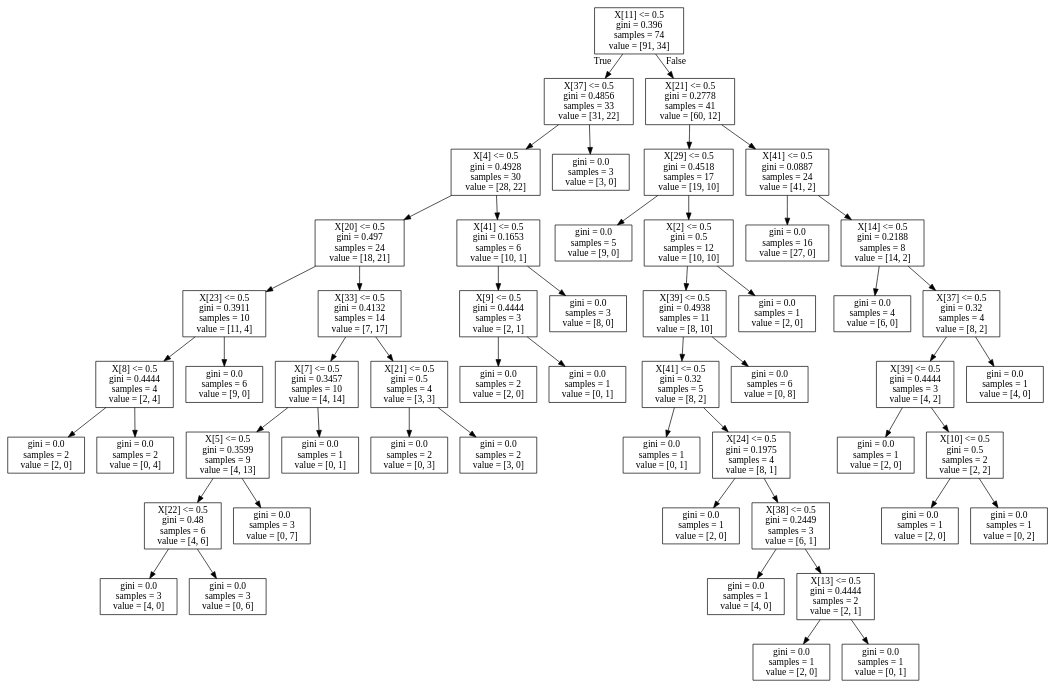
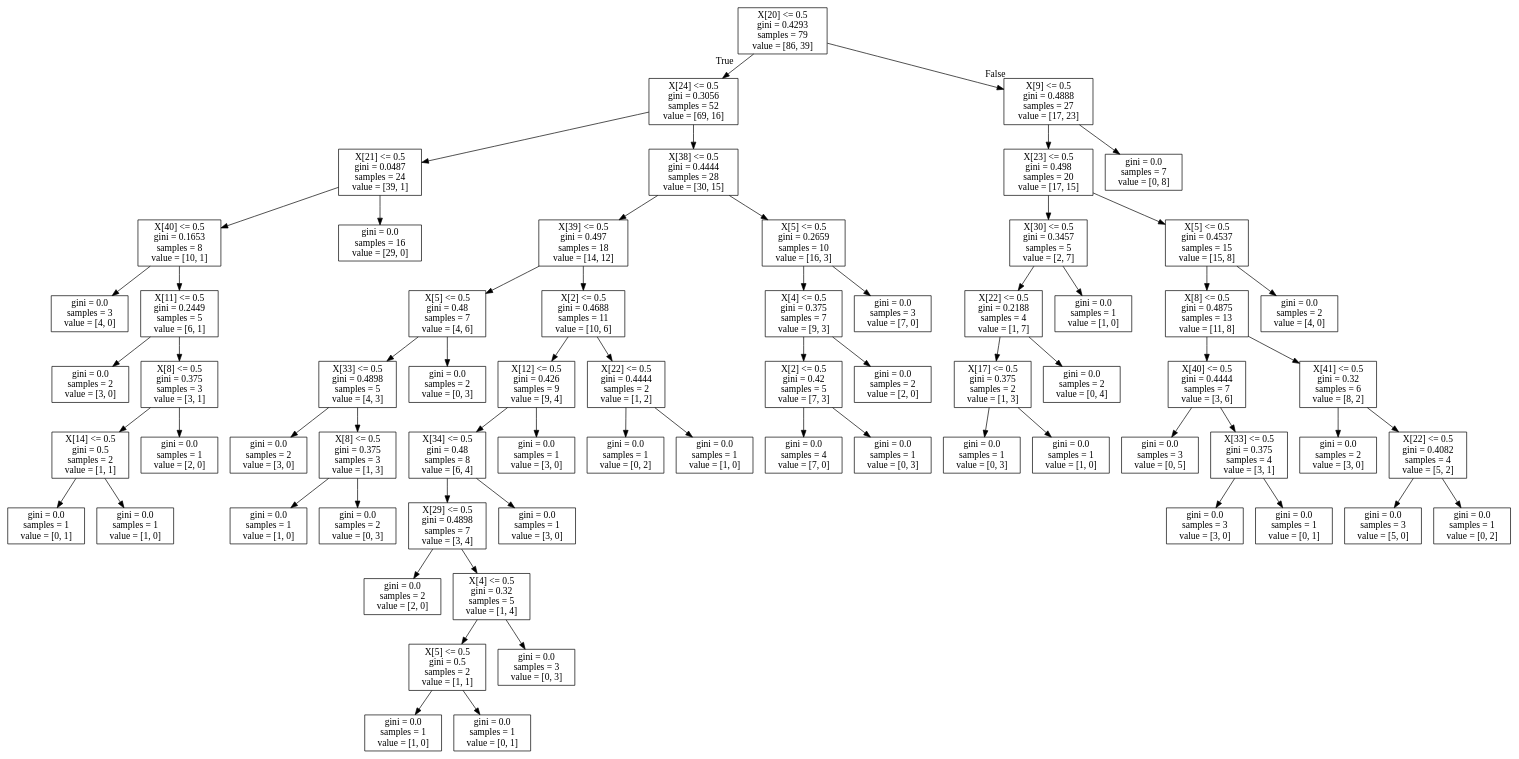
The diagram in tree7.dot (aaronfowles/elastography), drawn with Graphviz before and after one commit. The commit also changed 11 other files, not shown here.

```diff
--- a/tree7.dot
+++ b/tree7.dot
@@ -1,108 +1,136 @@
 digraph Tree {
 node [shape=box] ;
-0 [label="X[11] <= 0.5\ngini = 0.396\nsamples = 74\nvalue = [91, 34]"] ;
-1 [label="X[37] <= 0.5\ngini = 0.4856\nsamples = 33\nvalue = [31, 22]"] ;
+0 [label="X[20] <= 0.5\ngini = 0.4293\nsamples = 79\nvalue = [86, 39]"] ;
+1 [label="X[24] <= 0.5\ngini = 0.3056\nsamples = 52\nvalue = [69, 16]"] ;
 0 -> 1 [labeldistance=2.5, labelangle=45, headlabel="True"] ;
-2 [label="X[4] <= 0.5\ngini = 0.4928\nsamples = 30\nvalue = [28, 22]"] ;
+2 [label="X[21] <= 0.5\ngini = 0.0487\nsamples = 24\nvalue = [39, 1]"] ;
 1 -> 2 ;
-3 [label="X[20] <= 0.5\ngini = 0.497\nsamples = 24\nvalue = [18, 21]"] ;
+3 [label="X[40] <= 0.5\ngini = 0.1653\nsamples = 8\nvalue = [10, 1]"] ;
 2 -> 3 ;
-4 [label="X[23] <= 0.5\ngini = 0.3911\nsamples = 10\nvalue = [11, 4]"] ;
+4 [label="gini = 0.0\nsamples = 3\nvalue = [4, 0]"] ;
 3 -> 4 ;
-5 [label="X[8] <= 0.5\ngini = 0.4444\nsamples = 4\nvalue = [2, 4]"] ;
-4 -> 5 ;
-6 [label="gini = 0.0\nsamples = 2\nvalue = [2, 0]"] ;
+5 [label="X[11] <= 0.5\ngini = 0.2449\nsamples = 5\nvalue = [6, 1]"] ;
+3 -> 5 ;
+6 [label="gini = 0.0\nsamples = 2\nvalue = [3, 0]"] ;
 5 -> 6 ;
-7 [label="gini = 0.0\nsamples = 2\nvalue = [0, 4]"] ;
+7 [label="X[8] <= 0.5\ngini = 0.375\nsamples = 3\nvalue = [3, 1]"] ;
 5 -> 7 ;
-8 [label="gini = 0.0\nsamples = 6\nvalue = [9, 0]"] ;
-4 -> 8 ;
-9 [label="X[33] <= 0.5\ngini = 0.4132\nsamples = 14\nvalue = [7, 17]"] ;
-3 -> 9 ;
-10 [label="X[7] <= 0.5\ngini = 0.3457\nsamples = 10\nvalue = [4, 14]"] ;
-9 -> 10 ;
-11 [label="X[5] <= 0.5\ngini = 0.3599\nsamples = 9\nvalue = [4, 13]"] ;
-10 -> 11 ;
-12 [label="X[22] <= 0.5\ngini = 0.48\nsamples = 6\nvalue = [4, 6]"] ;
-11 -> 12 ;
-13 [label="gini = 0.0\nsamples = 3\nvalue = [4, 0]"] ;
-12 -> 13 ;
-14 [label="gini = 0.0\nsamples = 3\nvalue = [0, 6]"] ;
-12 -> 14 ;
-15 [label="gini = 0.0\nsamples = 3\nvalue = [0, 7]"] ;
-11 -> 15 ;
-16 [label="gini = 0.0\nsamples = 1\nvalue = [0, 1]"] ;
-10 -> 16 ;
-17 [label="X[21] <= 0.5\ngini = 0.5\nsamples = 4\nvalue = [3, 3]"] ;
-9 -> 17 ;
-18 [label="gini = 0.0\nsamples = 2\nvalue = [0, 3]"] ;
-17 -> 18 ;
-19 [label="gini = 0.0\nsamples = 2\nvalue = [3, 0]"] ;
-17 -> 19 ;
-20 [label="X[41] <= 0.5\ngini = 0.1653\nsamples = 6\nvalue = [10, 1]"] ;
-2 -> 20 ;
-21 [label="X[9] <= 0.5\ngini = 0.4444\nsamples = 3\nvalue = [2, 1]"] ;
-20 -> 21 ;
-22 [label="gini = 0.0\nsamples = 2\nvalue = [2, 0]"] ;
-21 -> 22 ;
-23 [label="gini = 0.0\nsamples = 1\nvalue = [0, 1]"] ;
-21 -> 23 ;
-24 [label="gini = 0.0\nsamples = 3\nvalue = [8, 0]"] ;
-20 -> 24 ;
-25 [label="gini = 0.0\nsamples = 3\nvalue = [3, 0]"] ;
-1 -> 25 ;
-26 [label="X[21] <= 0.5\ngini = 0.2778\nsamples = 41\nvalue = [60, 12]"] ;
-0 -> 26 [labeldistance=2.5, labelangle=-45, headlabel="False"] ;
-27 [label="X[29] <= 0.5\ngini = 0.4518\nsamples = 17\nvalue = [19, 10]"] ;
-26 -> 27 ;
-28 [label="gini = 0.0\nsamples = 5\nvalue = [9, 0]"] ;
+8 [label="X[14] <= 0.5\ngini = 0.5\nsamples = 2\nvalue = [1, 1]"] ;
+7 -> 8 ;
+9 [label="gini = 0.0\nsamples = 1\nvalue = [0, 1]"] ;
+8 -> 9 ;
+10 [label="gini = 0.0\nsamples = 1\nvalue = [1, 0]"] ;
+8 -> 10 ;
+11 [label="gini = 0.0\nsamples = 1\nvalue = [2, 0]"] ;
+7 -> 11 ;
+12 [label="gini = 0.0\nsamples = 16\nvalue = [29, 0]"] ;
+2 -> 12 ;
+13 [label="X[38] <= 0.5\ngini = 0.4444\nsamples = 28\nvalue = [30, 15]"] ;
+1 -> 13 ;
+14 [label="X[39] <= 0.5\ngini = 0.497\nsamples = 18\nvalue = [14, 12]"] ;
+13 -> 14 ;
+15 [label="X[5] <= 0.5\ngini = 0.48\nsamples = 7\nvalue = [4, 6]"] ;
+14 -> 15 ;
+16 [label="X[33] <= 0.5\ngini = 0.4898\nsamples = 5\nvalue = [4, 3]"] ;
+15 -> 16 ;
+17 [label="gini = 0.0\nsamples = 2\nvalue = [3, 0]"] ;
+16 -> 17 ;
+18 [label="X[8] <= 0.5\ngini = 0.375\nsamples = 3\nvalue = [1, 3]"] ;
+16 -> 18 ;
+19 [label="gini = 0.0\nsamples = 1\nvalue = [1, 0]"] ;
+18 -> 19 ;
+20 [label="gini = 0.0\nsamples = 2\nvalue = [0, 3]"] ;
+18 -> 20 ;
+21 [label="gini = 0.0\nsamples = 2\nvalue = [0, 3]"] ;
+15 -> 21 ;
+22 [label="X[2] <= 0.5\ngini = 0.4688\nsamples = 11\nvalue = [10, 6]"] ;
+14 -> 22 ;
+23 [label="X[12] <= 0.5\ngini = 0.426\nsamples = 9\nvalue = [9, 4]"] ;
+22 -> 23 ;
+24 [label="X[34] <= 0.5\ngini = 0.48\nsamples = 8\nvalue = [6, 4]"] ;
+23 -> 24 ;
+25 [label="X[29] <= 0.5\ngini = 0.4898\nsamples = 7\nvalue = [3, 4]"] ;
+24 -> 25 ;
+26 [label="gini = 0.0\nsamples = 2\nvalue = [2, 0]"] ;
+25 -> 26 ;
+27 [label="X[4] <= 0.5\ngini = 0.32\nsamples = 5\nvalue = [1, 4]"] ;
+25 -> 27 ;
+28 [label="X[5] <= 0.5\ngini = 0.5\nsamples = 2\nvalue = [1, 1]"] ;
 27 -> 28 ;
-29 [label="X[2] <= 0.5\ngini = 0.5\nsamples = 12\nvalue = [10, 10]"] ;
-27 -> 29 ;
-30 [label="X[39] <= 0.5\ngini = 0.4938\nsamples = 11\nvalue = [8, 10]"] ;
-29 -> 30 ;
-31 [label="X[41] <= 0.5\ngini = 0.32\nsamples = 5\nvalue = [8, 2]"] ;
-30 -> 31 ;
-32 [label="gini = 0.0\nsamples = 1\nvalue = [0, 1]"] ;
-31 -> 32 ;
-33 [label="X[24] <= 0.5\ngini = 0.1975\nsamples = 4\nvalue = [8, 1]"] ;
-31 -> 33 ;
-34 [label="gini = 0.0\nsamples = 1\nvalue = [2, 0]"] ;
-33 -> 34 ;
-35 [label="X[38] <= 0.5\ngini = 0.2449\nsamples = 3\nvalue = [6, 1]"] ;
-33 -> 35 ;
-36 [label="gini = 0.0\nsamples = 1\nvalue = [4, 0]"] ;
-35 -> 36 ;
-37 [label="X[13] <= 0.5\ngini = 0.4444\nsamples = 2\nvalue = [2, 1]"] ;
-35 -> 37 ;
-38 [label="gini = 0.0\nsamples = 1\nvalue = [2, 0]"] ;
+29 [label="gini = 0.0\nsamples = 1\nvalue = [1, 0]"] ;
+28 -> 29 ;
+30 [label="gini = 0.0\nsamples = 1\nvalue = [0, 1]"] ;
+28 -> 30 ;
+31 [label="gini = 0.0\nsamples = 3\nvalue = [0, 3]"] ;
+27 -> 31 ;
+32 [label="gini = 0.0\nsamples = 1\nvalue = [3, 0]"] ;
+24 -> 32 ;
+33 [label="gini = 0.0\nsamples = 1\nvalue = [3, 0]"] ;
+23 -> 33 ;
+34 [label="X[22] <= 0.5\ngini = 0.4444\nsamples = 2\nvalue = [1, 2]"] ;
+22 -> 34 ;
+35 [label="gini = 0.0\nsamples = 1\nvalue = [0, 2]"] ;
+34 -> 35 ;
+36 [label="gini = 0.0\nsamples = 1\nvalue = [1, 0]"] ;
+34 -> 36 ;
+37 [label="X[5] <= 0.5\ngini = 0.2659\nsamples = 10\nvalue = [16, 3]"] ;
+13 -> 37 ;
+38 [label="X[4] <= 0.5\ngini = 0.375\nsamples = 7\nvalue = [9, 3]"] ;
 37 -> 38 ;
-39 [label="gini = 0.0\nsamples = 1\nvalue = [0, 1]"] ;
-37 -> 39 ;
-40 [label="gini = 0.0\nsamples = 6\nvalue = [0, 8]"] ;
-30 -> 40 ;
-41 [label="gini = 0.0\nsamples = 1\nvalue = [2, 0]"] ;
-29 -> 41 ;
-42 [label="X[41] <= 0.5\ngini = 0.0887\nsamples = 24\nvalue = [41, 2]"] ;
-26 -> 42 ;
-43 [label="gini = 0.0\nsamples = 16\nvalue = [27, 0]"] ;
-42 -> 43 ;
-44 [label="X[14] <= 0.5\ngini = 0.2188\nsamples = 8\nvalue = [14, 2]"] ;
-42 -> 44 ;
-45 [label="gini = 0.0\nsamples = 4\nvalue = [6, 0]"] ;
+39 [label="X[2] <= 0.5\ngini = 0.42\nsamples = 5\nvalue = [7, 3]"] ;
+38 -> 39 ;
+40 [label="gini = 0.0\nsamples = 4\nvalue = [7, 0]"] ;
+39 -> 40 ;
+41 [label="gini = 0.0\nsamples = 1\nvalue = [0, 3]"] ;
+39 -> 41 ;
+42 [label="gini = 0.0\nsamples = 2\nvalue = [2, 0]"] ;
+38 -> 42 ;
+43 [label="gini = 0.0\nsamples = 3\nvalue = [7, 0]"] ;
+37 -> 43 ;
+44 [label="X[9] <= 0.5\ngini = 0.4888\nsamples = 27\nvalue = [17, 23]"] ;
+0 -> 44 [labeldistance=2.5, labelangle=-45, headlabel="False"] ;
+45 [label="X[23] <= 0.5\ngini = 0.498\nsamples = 20\nvalue = [17, 15]"] ;
 44 -> 45 ;
-46 [label="X[37] <= 0.5\ngini = 0.32\nsamples = 4\nvalue = [8, 2]"] ;
-44 -> 46 ;
-47 [label="X[39] <= 0.5\ngini = 0.4444\nsamples = 3\nvalue = [4, 2]"] ;
+46 [label="X[30] <= 0.5\ngini = 0.3457\nsamples = 5\nvalue = [2, 7]"] ;
+45 -> 46 ;
+47 [label="X[22] <= 0.5\ngini = 0.2188\nsamples = 4\nvalue = [1, 7]"] ;
 46 -> 47 ;
-48 [label="gini = 0.0\nsamples = 1\nvalue = [2, 0]"] ;
+48 [label="X[17] <= 0.5\ngini = 0.375\nsamples = 2\nvalue = [1, 3]"] ;
 47 -> 48 ;
-49 [label="X[10] <= 0.5\ngini = 0.5\nsamples = 2\nvalue = [2, 2]"] ;
-47 -> 49 ;
-50 [label="gini = 0.0\nsamples = 1\nvalue = [2, 0]"] ;
-49 -> 50 ;
-51 [label="gini = 0.0\nsamples = 1\nvalue = [0, 2]"] ;
-49 -> 51 ;
-52 [label="gini = 0.0\nsamples = 1\nvalue = [4, 0]"] ;
+49 [label="gini = 0.0\nsamples = 1\nvalue = [0, 3]"] ;
+48 -> 49 ;
+50 [label="gini = 0.0\nsamples = 1\nvalue = [1, 0]"] ;
+48 -> 50 ;
+51 [label="gini = 0.0\nsamples = 2\nvalue = [0, 4]"] ;
+47 -> 51 ;
+52 [label="gini = 0.0\nsamples = 1\nvalue = [1, 0]"] ;
 46 -> 52 ;
+53 [label="X[5] <= 0.5\ngini = 0.4537\nsamples = 15\nvalue = [15, 8]"] ;
+45 -> 53 ;
+54 [label="X[8] <= 0.5\ngini = 0.4875\nsamples = 13\nvalue = [11, 8]"] ;
+53 -> 54 ;
+55 [label="X[40] <= 0.5\ngini = 0.4444\nsamples = 7\nvalue = [3, 6]"] ;
+54 -> 55 ;
+56 [label="gini = 0.0\nsamples = 3\nvalue = [0, 5]"] ;
+55 -> 56 ;
+57 [label="X[33] <= 0.5\ngini = 0.375\nsamples = 4\nvalue = [3, 1]"] ;
+55 -> 57 ;
+58 [label="gini = 0.0\nsamples = 3\nvalue = [3, 0]"] ;
+57 -> 58 ;
+59 [label="gini = 0.0\nsamples = 1\nvalue = [0, 1]"] ;
+57 -> 59 ;
+60 [label="X[41] <= 0.5\ngini = 0.32\nsamples = 6\nvalue = [8, 2]"] ;
+54 -> 60 ;
+61 [label="gini = 0.0\nsamples = 2\nvalue = [3, 0]"] ;
+60 -> 61 ;
+62 [label="X[22] <= 0.5\ngini = 0.4082\nsamples = 4\nvalue = [5, 2]"] ;
+60 -> 62 ;
+63 [label="gini = 0.0\nsamples = 3\nvalue = [5, 0]"] ;
+62 -> 63 ;
+64 [label="gini = 0.0\nsamples = 1\nvalue = [0, 2]"] ;
+62 -> 64 ;
+65 [label="gini = 0.0\nsamples = 2\nvalue = [4, 0]"] ;
+53 -> 65 ;
+66 [label="gini = 0.0\nsamples = 7\nvalue = [0, 8]"] ;
+44 -> 66 ;
 }
```
